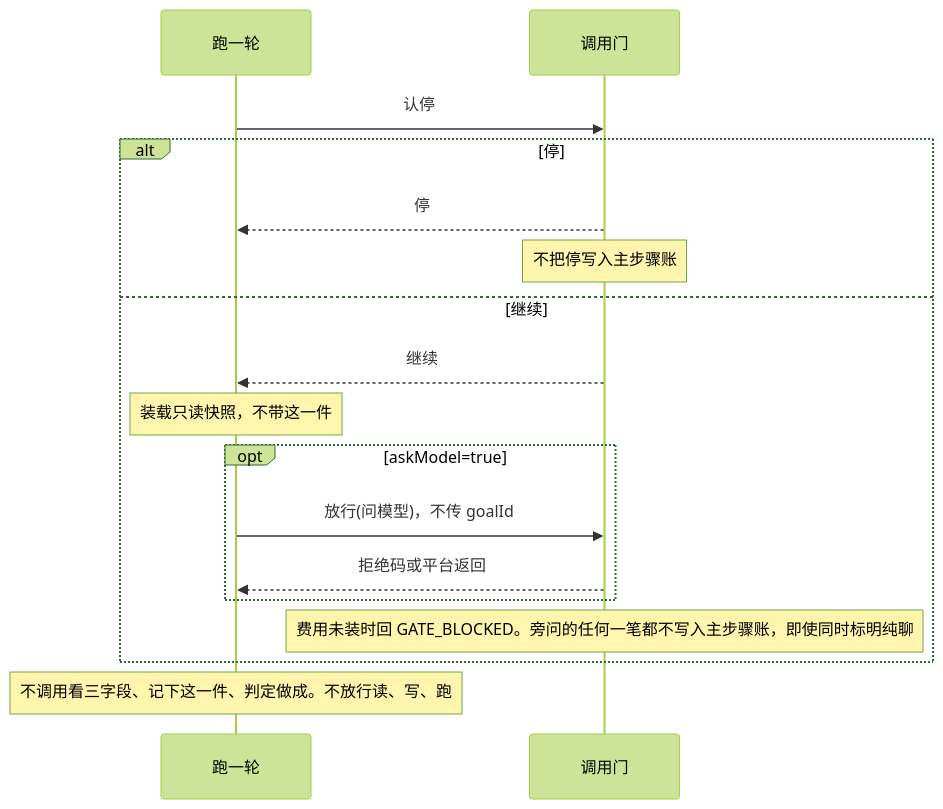
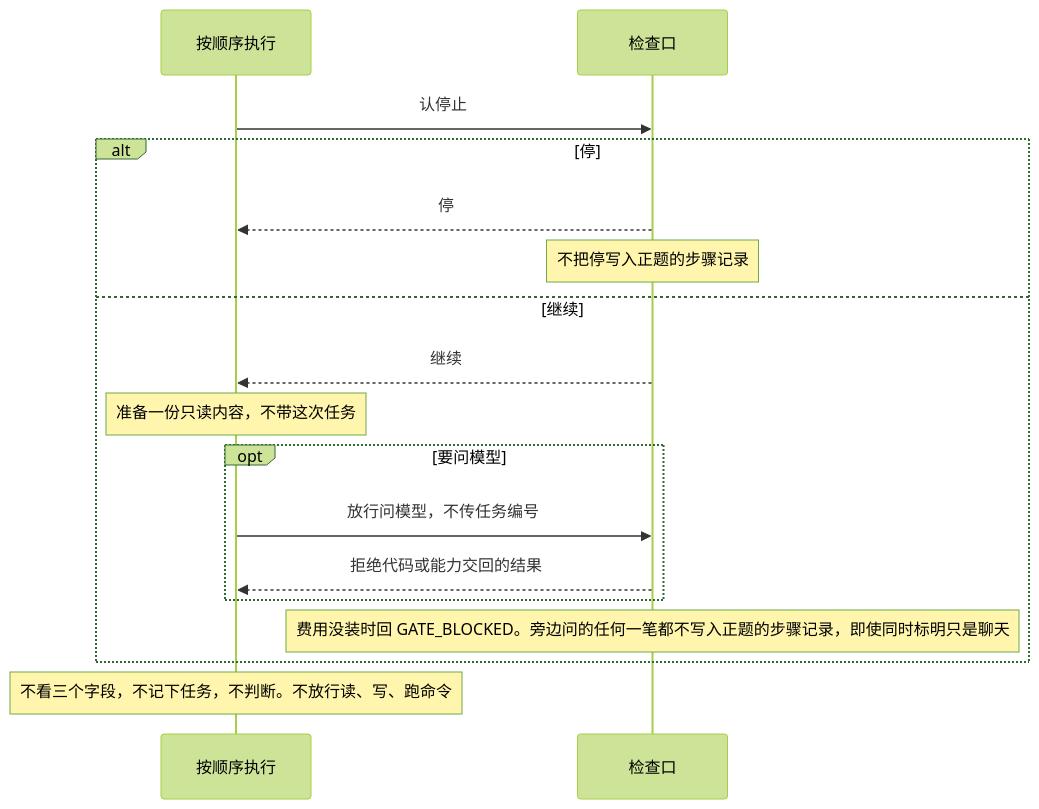
One commit to zxpmail/tepeu changed the fifth of 5 diagrams in docs/specs/一轮闭环.md. Above: the diagram before and after it, drawn with Mermaid (forest theme). The commit also changed other lines of this file and 18 other files, not shown here.

````diff
--- a/docs/specs/一轮闭环.md
+++ b/docs/specs/一轮闭环.md
@@ -156,19 +157,19 @@
 ```mermaid
 sequenceDiagram
-  participant 跑一轮
-  participant 调用门
-  跑一轮->>调用门: 认停
+  participant 按顺序执行
+  participant 检查口
+  按顺序执行->>检查口: 认停止
   alt 停
-    调用门-->>跑一轮: 停
-    Note over 调用门: 不把停写入主步骤账
+    检查口-->>按顺序执行: 停
+    Note over 检查口: 不把停写入正题的步骤记录
   else 继续
-    调用门-->>跑一轮: 继续
-    Note over 跑一轮: 装载只读快照，不带这一件
-    opt askModel=true
-      跑一轮->>调用门: 放行(问模型)，不传 goalId
-      调用门-->>跑一轮: 拒绝码或平台返回
+    检查口-->>按顺序执行: 继续
+    Note over 按顺序执行: 准备一份只读内容，不带这次任务
+    opt 要问模型
+      按顺序执行->>检查口: 放行问模型，不传任务编号
+      检查口-->>按顺序执行: 拒绝代码或能力交回的结果
     end
-    Note over 调用门: 费用未装时回 GATE_BLOCKED。旁问的任何一笔都不写入主步骤账，即使同时标明纯聊
+    Note over 检查口: 费用没装时回 GATE_BLOCKED。旁边问的任何一笔都不写入正题的步骤记录，即使同时标明只是聊天
   end
-  Note over 跑一轮: 不调用看三字段、记下这一件、判定做成。不放行读、写、跑
+  Note over 按顺序执行: 不看三个字段，不记下任务，不判断。不放行读、写、跑命令
 ```
````
